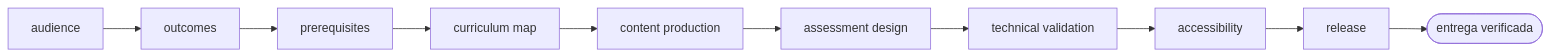
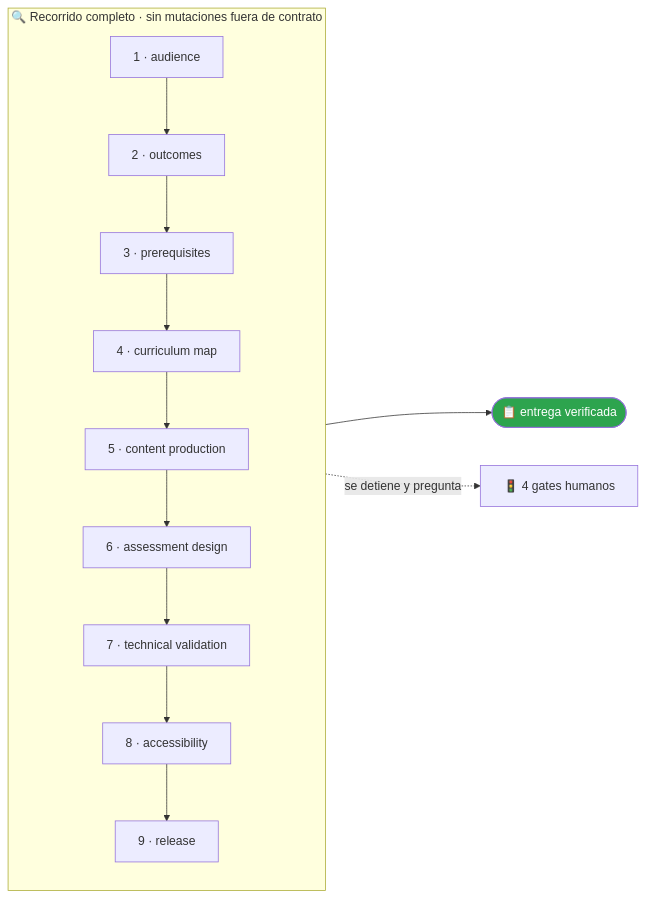
One commit to vladimiracunadev-create/operational-ai-agents changed the second of 2 diagrams in agents/learning-program-architect/README.md. Above: the diagram before and after it, drawn with Mermaid. The commit also changed other lines of this file and 60 other files, not shown here.

````diff
--- a/agents/learning-program-architect/README.md
+++ b/agents/learning-program-architect/README.md
@@ -72,21 +125,26 @@
 ```mermaid
 flowchart LR
-    p1["audience"]
-    p2["outcomes"]
-    p3["prerequisites"]
-    p4["curriculum map"]
-    p5["content production"]
-    p6["assessment design"]
-    p7["technical validation"]
-    p8["accessibility"]
-    p9["release"]
-    p1 --> p2
-    p2 --> p3
-    p3 --> p4
-    p4 --> p5
-    p5 --> p6
-    p6 --> p7
-    p7 --> p8
-    p8 --> p9
-    p9 --> done(["entrega verificada"])
+    subgraph A["🔍 Recorrido completo · sin mutaciones fuera de contrato"]
+        direction TB
+        p1["1 · audience"]
+        p2["2 · outcomes"]
+        p3["3 · prerequisites"]
+        p4["4 · curriculum map"]
+        p5["5 · content production"]
+        p6["6 · assessment design"]
+        p7["7 · technical validation"]
+        p8["8 · accessibility"]
+        p9["9 · release"]
+        p1 --> p2
+        p2 --> p3
+        p3 --> p4
+        p4 --> p5
+        p5 --> p6
+        p6 --> p7
+        p7 --> p8
+        p8 --> p9
+    end
+    A --> FIN(["📋 entrega verificada"])
+    A -.->|"se detiene y pregunta"| G["🚦 4 gates humanos"]
+    style FIN fill:#2da44e,color:#fff
 ```
````
